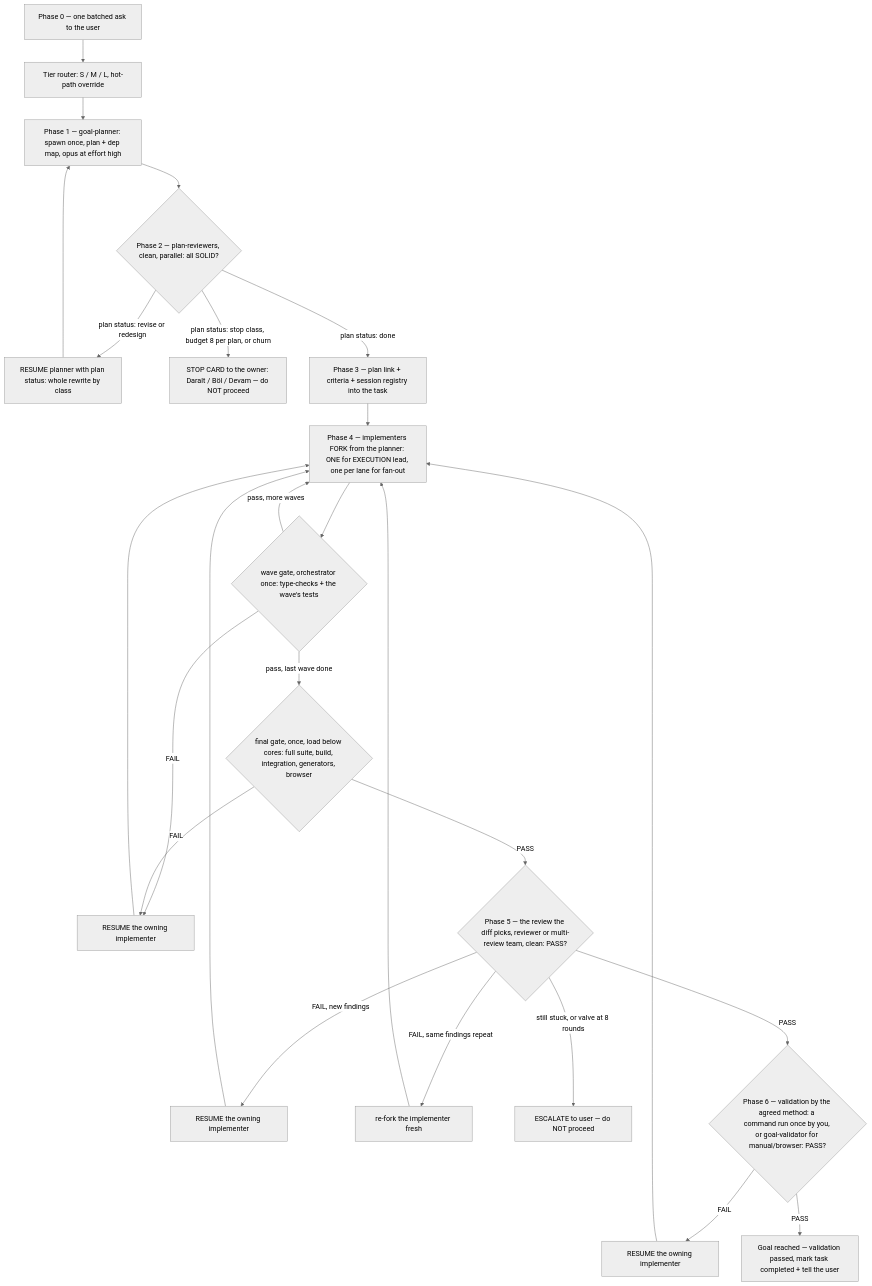
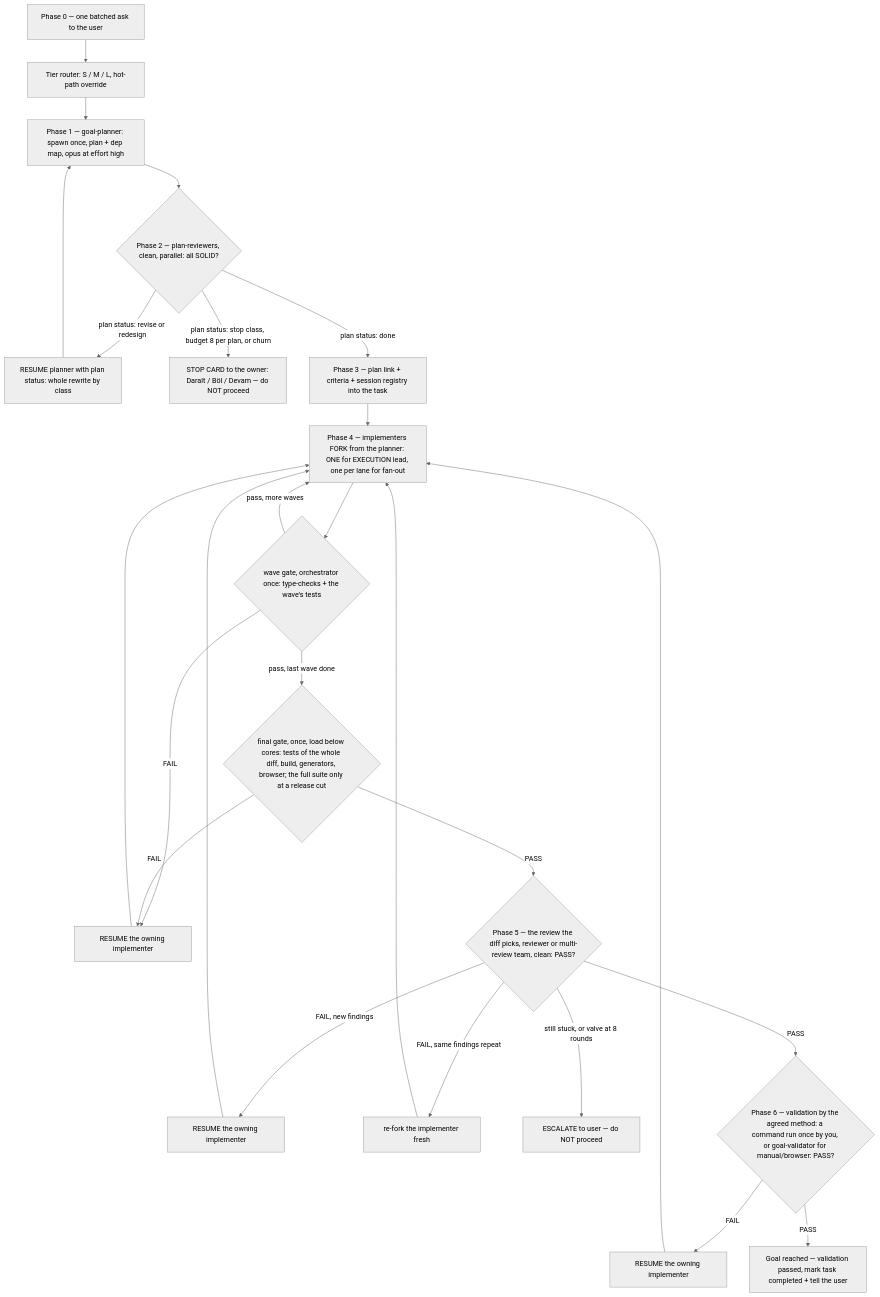
One commit to meanllbrl/dreamcontext changed the diagram in skill-packs/goal-skill/SKILL.md. Above: the diagram before and after it, drawn with Mermaid (neutral theme). The commit also changed other lines of this file and 9 other files, not shown here.

First line of the commit message:
docs(skill): the full suite runs once per release cut; a red reruns only its files

````diff
--- a/skill-packs/goal-skill/SKILL.md
+++ b/skill-packs/goal-skill/SKILL.md
@@ -244,27 +244,27 @@
 ```mermaid
 flowchart TD
     P0[Phase 0 — one batched ask to the user] --> PT[Tier router: S / M / L, hot-path override]
     PT --> P1[Phase 1 — goal-planner: spawn once, plan + dep map, opus at effort high]
     P1 --> P2{Phase 2 — plan-reviewers, clean, parallel: all SOLID?}
     P2 -->|plan status: revise or redesign| R1[RESUME planner with plan status: whole rewrite by class]
     R1 --> P1
     P2 -->|plan status: stop class, budget 8 per plan, or churn| ESC1[STOP CARD to the owner: Daralt / Böl / Devam — do NOT proceed]
     P2 -->|plan status: done| P3[Phase 3 — plan link + criteria + session registry into the task]
     P3 --> P4[Phase 4 — implementers FORK from the planner: ONE for EXECUTION lead, one per lane for fan-out]
     P4 --> GATE{wave gate, orchestrator once: type-checks + the wave's tests}
     GATE -->|FAIL| R2[RESUME the owning implementer]
     R2 --> P4
     GATE -->|pass, more waves| P4
-    GATE -->|pass, last wave done| FG{final gate, once, load below cores: full suite, build, integration, generators, browser}
+    GATE -->|pass, last wave done| FG{final gate, once, load below cores: tests of the whole diff, build, generators, browser; the full suite only at a release cut}
     FG -->|FAIL| R2
     FG -->|PASS| P5{Phase 5 — the review the diff picks, reviewer or multi-review team, clean: PASS?}
     P5 -->|FAIL, new findings| R3[RESUME the owning implementer]
     R3 --> P4
     P5 -->|FAIL, same findings repeat| RF2[re-fork the implementer fresh]
     RF2 --> P4
     P5 -->|still stuck, or valve at 8 rounds| ESC2[ESCALATE to user — do NOT proceed]
     P5 -->|PASS| P6{Phase 6 — validation by the agreed method: a command run once by you, or goal-validator for manual/browser: PASS?}
     P6 -->|FAIL| R4[RESUME the owning implementer]
     R4 --> P4
     P6 -->|PASS| DONE[Goal reached — validation passed, mark task completed + tell the user]
 ```
````
